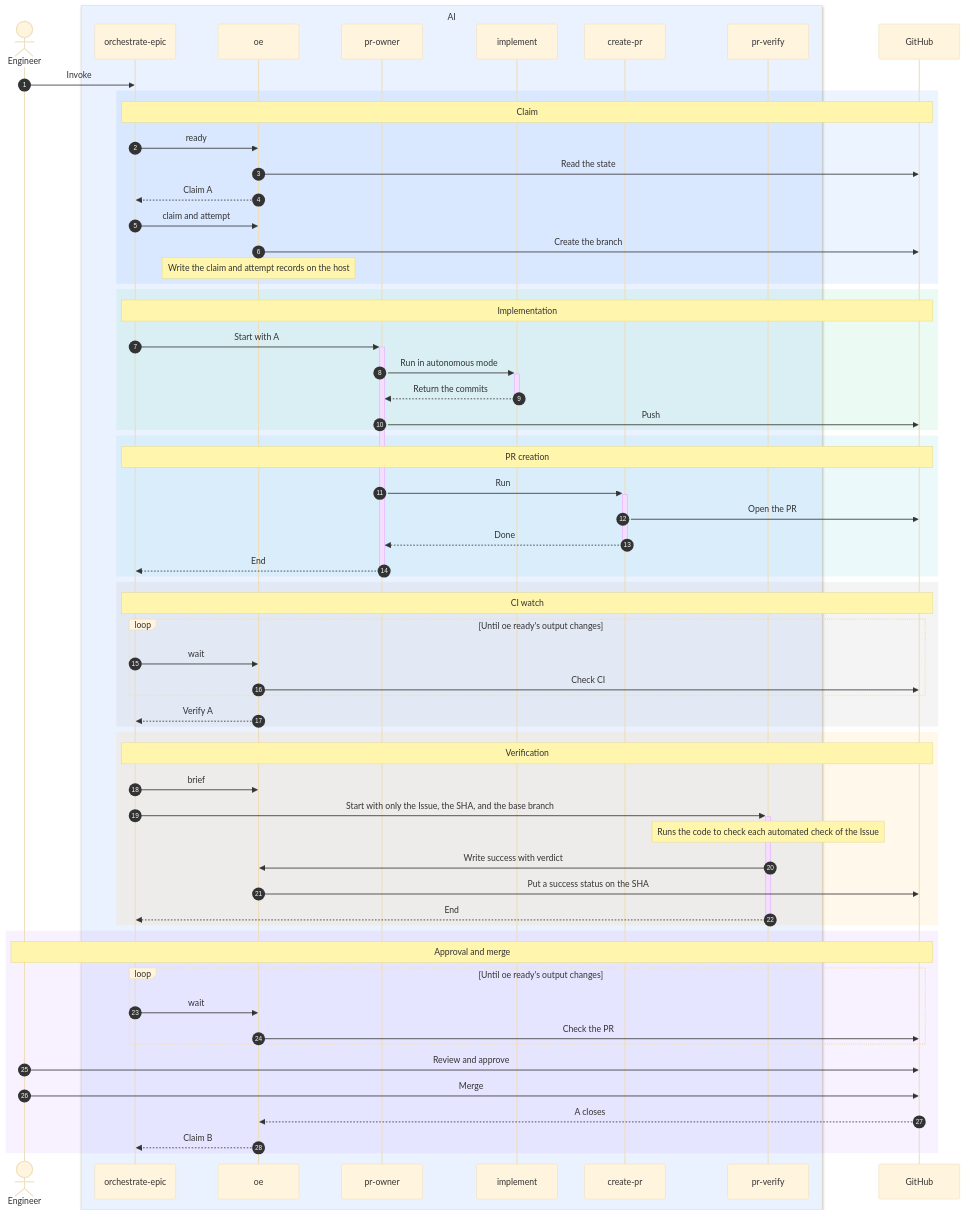
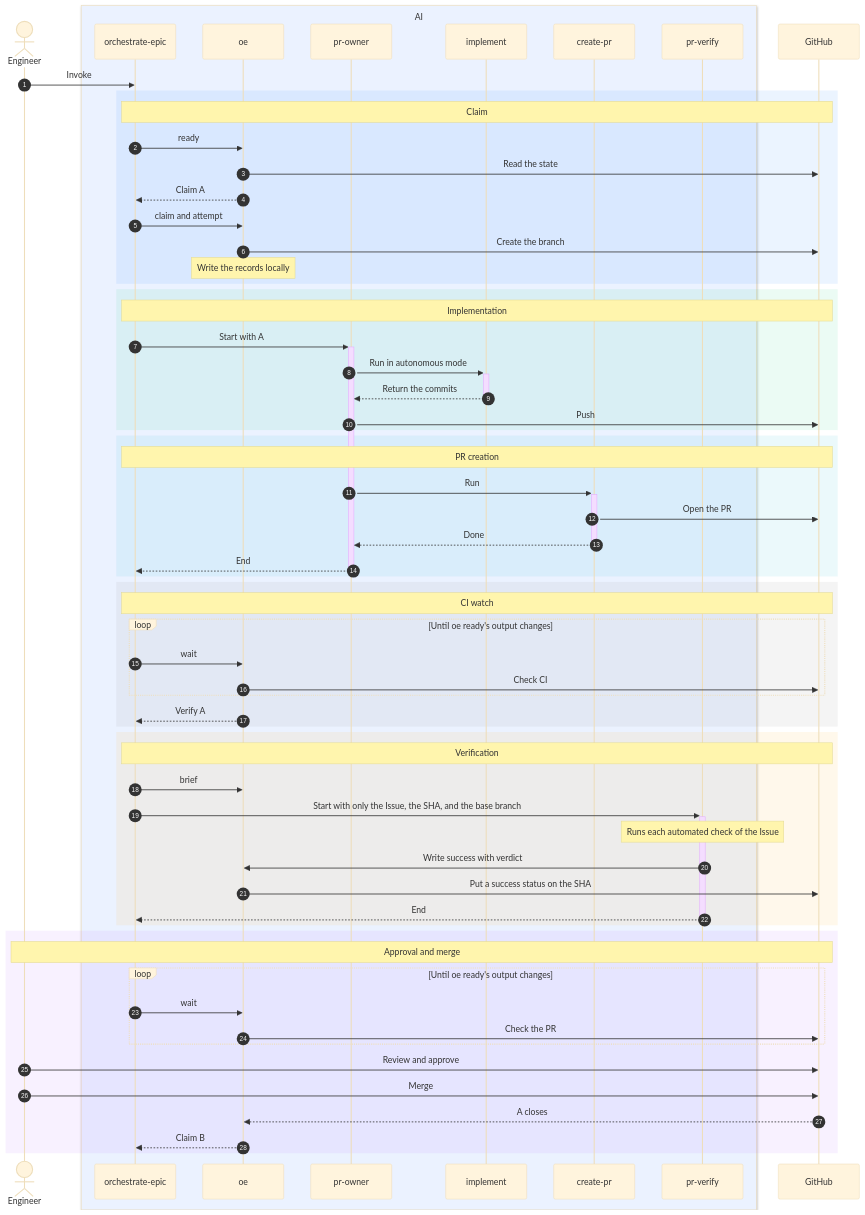
The second of 2 diagrams in docs/design/orchestrate-epic.md (maro114510/skills), drawn with Mermaid (base theme) before and after one commit. The commit also changed other lines of this file, not shown here.

First line of the commit message:
docs(orchestrate-epic): cut repetition from the local-records design

````diff
--- a/docs/design/orchestrate-epic.md
+++ b/docs/design/orchestrate-epic.md
@@ -145,66 +141,66 @@
 ```mermaid
 sequenceDiagram
   autonumber
   actor H as Engineer
   box rgb(235,242,255) AI
     participant O as orchestrate-epic
     participant E as oe
     participant W as pr-owner
     participant I as implement
     participant C as create-pr
     participant V as pr-verify
   end
   participant G as GitHub
   H->>O: Invoke
   rect rgba(0,120,255,0.08)
     Note over O,G: Claim
     O->>E: ready
     E->>G: Read the state
     E-->>O: Claim A
     O->>E: claim and attempt
     E->>G: Create the branch
-    Note over E: Write the claim and attempt records on the host
+    Note over E: Write the records locally
   end
   rect rgba(0,200,120,0.08)
     Note over O,G: Implementation
     O->>+W: Start with A
     W->>+I: Run in autonomous mode
     I-->>-W: Return the commits
     W->>G: Push
   end
   rect rgba(0,180,200,0.08)
     Note over O,G: PR creation
     W->>+C: Run
     C->>G: Open the PR
     C-->>-W: Done
     W-->>-O: End
   end
   rect rgba(120,120,120,0.08)
     Note over O,G: CI watch
     loop Until oe ready's output changes
       O->>E: wait
       E->>G: Check CI
     end
     E-->>O: Verify A
   end
   rect rgba(255,160,0,0.08)
     Note over O,G: Verification
     O->>E: brief
     O->>+V: Start with only the Issue, the SHA, and the base branch
-    Note over V: Runs the code to check each automated check of the Issue
+    Note over V: Runs each automated check of the Issue
     V->>E: Write success with verdict
     E->>G: Put a success status on the SHA
     V-->>-O: End
   end
   rect rgba(160,80,255,0.08)
     Note over H,G: Approval and merge
     loop Until oe ready's output changes
       O->>E: wait
       E->>G: Check the PR
     end
     H->>G: Review and approve
     H->>G: Merge
     G-->>E: A closes
     E-->>O: Claim B
   end
 ```
````
